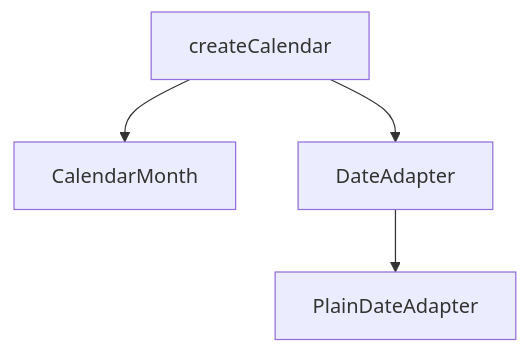
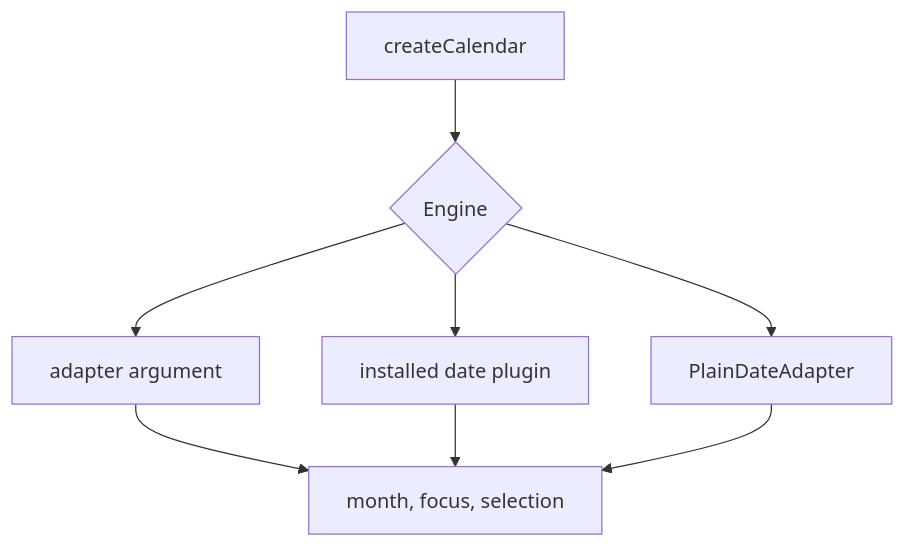
Before and after one commit to vuetifyjs/0: the diagram in apps/docs/src/pages/composables/forms/create-calendar.md, drawn with Mermaid. The commit also changed other lines of this file and 8 other files, not shown here.

First line of the commit message:
feat(createCalendar): clear the selection when mode changes

````diff
--- a/apps/docs/src/pages/composables/forms/create-calendar.md
+++ b/apps/docs/src/pages/composables/forms/create-calendar.md
@@ -44,11 +97,17 @@
 ```mermaid "createCalendar"
 flowchart TD
   Cal["createCalendar"]:::primary
-  Month["CalendarMonth"]
-  Adapter["DateAdapter"]
+  Choice{"Engine"}
+  Passed["adapter argument"]
+  Plugin["installed date plugin"]
   Plain["PlainDateAdapter"]
+  Grid["month, focus, selection"]
 
-  Cal --> Month
-  Cal --> Adapter
-  Adapter --> Plain
+  Cal --> Choice
+  Choice --> Passed
+  Choice --> Plugin
+  Choice --> Plain
+  Passed --> Grid
+  Plugin --> Grid
+  Plain --> Grid
 ```
````
